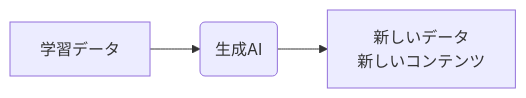
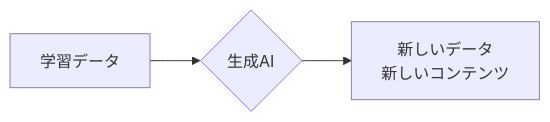
The third of 11 diagrams in README.md (SparklingDetergent/doc_genai_About_the_origins_and_types_of_generative_AI), drawn with Mermaid before and after one commit. The commit also changed other lines of this file, not shown here.

````diff
--- a/README.md
+++ b/README.md
@@ -44,5 +59,5 @@
 ```mermaid
 graph LR
-    A[学習データ] --> B(生成AI) --> C[新しいデータ\n新しいコンテンツ];
+    A[学習データ] --> B{生成AI} --> C[新しいデータ\n新しいコンテンツ];
     
 ```
````
